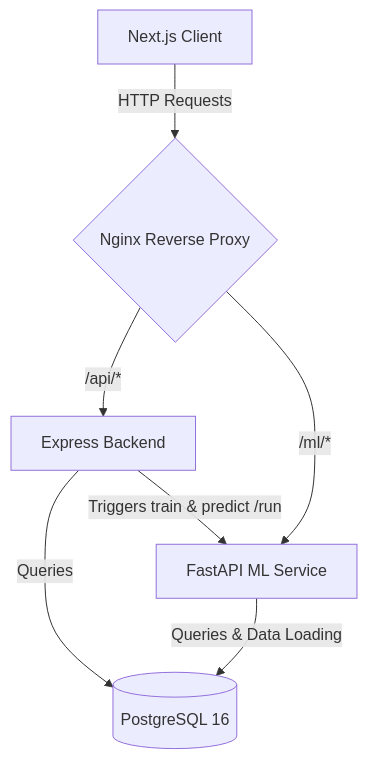
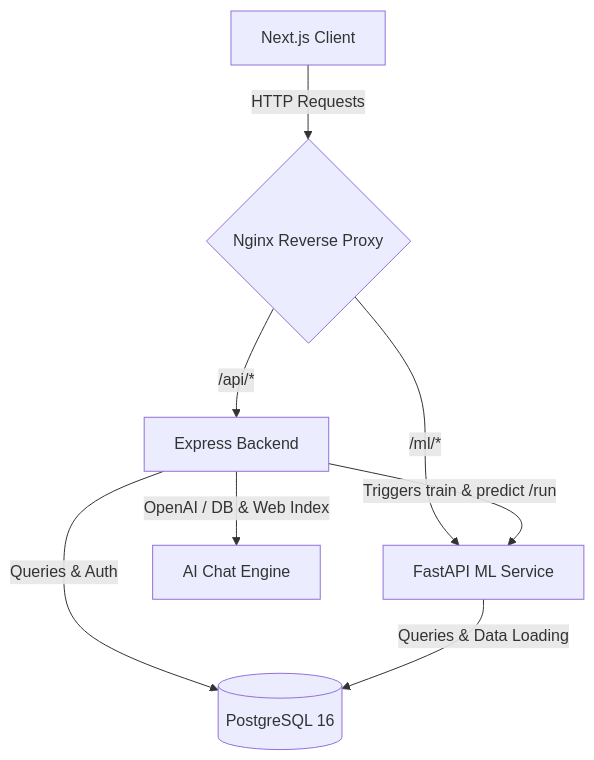
One commit to SamyoPramanik/MediSense-BD changed the first of 2 diagrams in codebase_analysis.md. Above: the diagram before and after it, drawn with Mermaid. The commit also changed other lines of this file and 5 other files, not shown here.

````diff
--- a/codebase_analysis.md
+++ b/codebase_analysis.md
@@ -11,9 +11,10 @@
 ```mermaid
 graph TD
     Client[Next.js Client] -->|HTTP Requests| Nginx{Nginx Reverse Proxy}
     Nginx -->|/api/*| Express[Express Backend]
     Nginx -->|/ml/*| FastAPI[FastAPI ML Service]
-    Express -->|Queries| Postgres[(PostgreSQL 16)]
+    Express -->|Queries & Auth| Postgres[(PostgreSQL 16)]
     FastAPI -->|Queries & Data Loading| Postgres
     Express -->|Triggers train & predict /run| FastAPI
+    Express -->|OpenAI / DB & Web Index| AIChat[AI Chat Engine]
 ```
````
